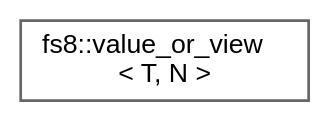
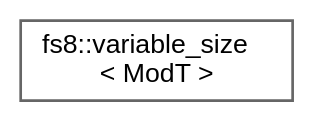
One commit to the-moisrex/foresight changed the diagram in api/inherit_graph_108.dot. Above: the diagram before and after it, drawn with Graphviz. The commit also changed 320 other files, not shown here.

```diff
--- a/api/inherit_graph_108.dot
+++ b/api/inherit_graph_108.dot
@@ -1,9 +1,9 @@
 digraph "Graphical Class Hierarchy"
 {
  // LATEX_PDF_SIZE
   bgcolor="transparent";
   edge [fontname=Helvetica,fontsize=10,labelfontname=Helvetica,labelfontsize=10];
   node [fontname=Helvetica,fontsize=10,shape=box,height=0.2,width=0.4];
   rankdir="LR";
-  Node0 [id="Node000000",label="fs8::value_or_view\l\< T, N \>",height=0.2,width=0.4,color="grey40", fillcolor="white", style="filled",URL="$structfs8_1_1value__or__view.html",tooltip=" "];
+  Node0 [id="Node000000",label="fs8::variable_size\l\< ModT \>",height=0.2,width=0.4,color="grey40", fillcolor="white", style="filled",URL="$structfs8_1_1variable__size_3_01ModT_01_4.html",tooltip=" "];
 }
```
